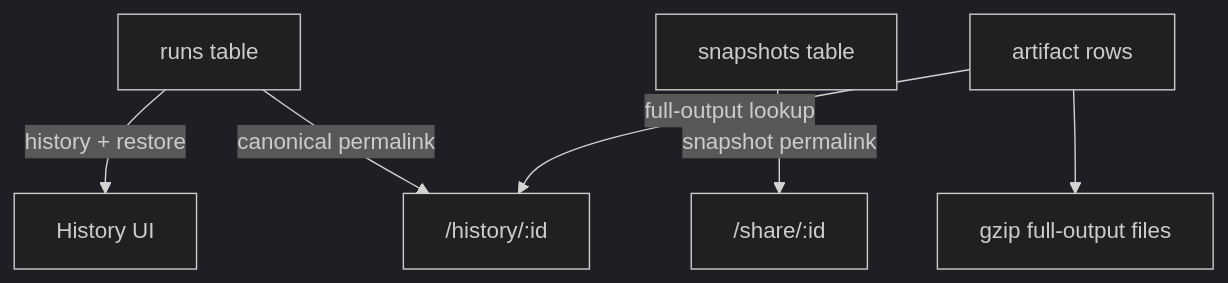
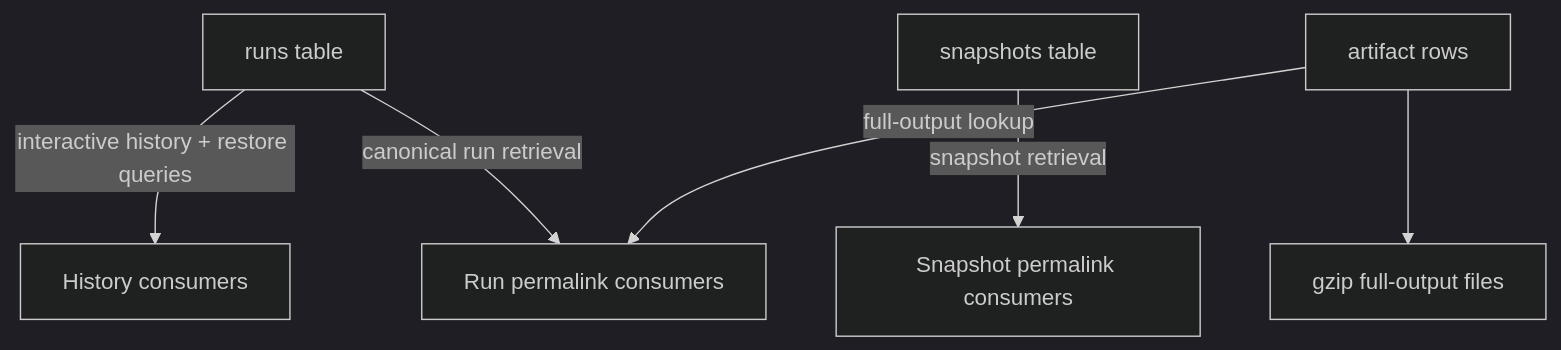
Before and after one commit to darklab-sh/darklab-shell: the fifth of 6 diagrams in ARCHITECTURE.md, drawn with Mermaid (dark theme). The commit also changed other lines of this file and 79 other files, not shown here.

````diff
--- a/ARCHITECTURE.md
+++ b/ARCHITECTURE.md
@@ -200,13 +200,13 @@
 ```mermaid
 flowchart TB
   Runs["runs table"]
   Snapshots["snapshots table"]
   ArtifactRows["artifact rows"]
   Files["gzip full-output files"]
 
-  Runs -->|history + restore| Hist["History UI"]
-  Runs -->|canonical permalink| RunPage["/history/:id"]
-  Snapshots -->|snapshot permalink| SharePage["/share/:id"]
+  Runs -->|interactive history + restore queries| Hist["History consumers"]
+  Runs -->|canonical run retrieval| RunPage["Run permalink consumers"]
+  Snapshots -->|snapshot retrieval| SharePage["Snapshot permalink consumers"]
   ArtifactRows --> Files
   ArtifactRows -->|full-output lookup| RunPage
 ```
````
